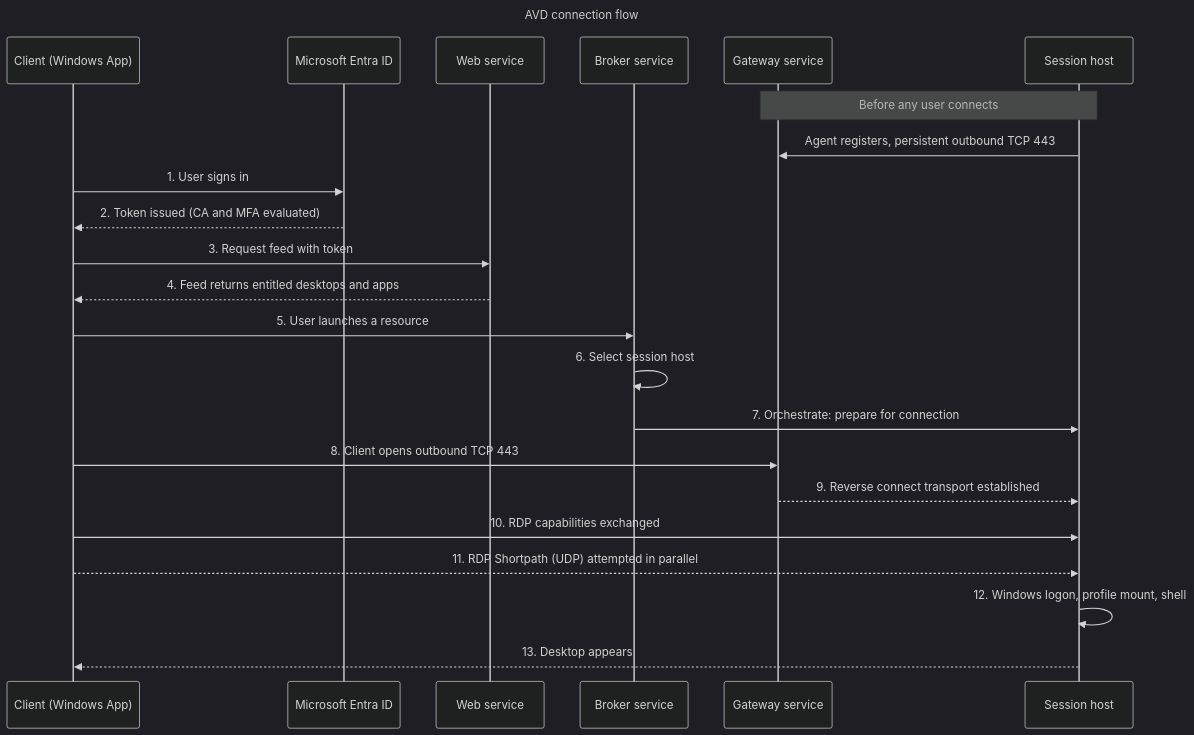
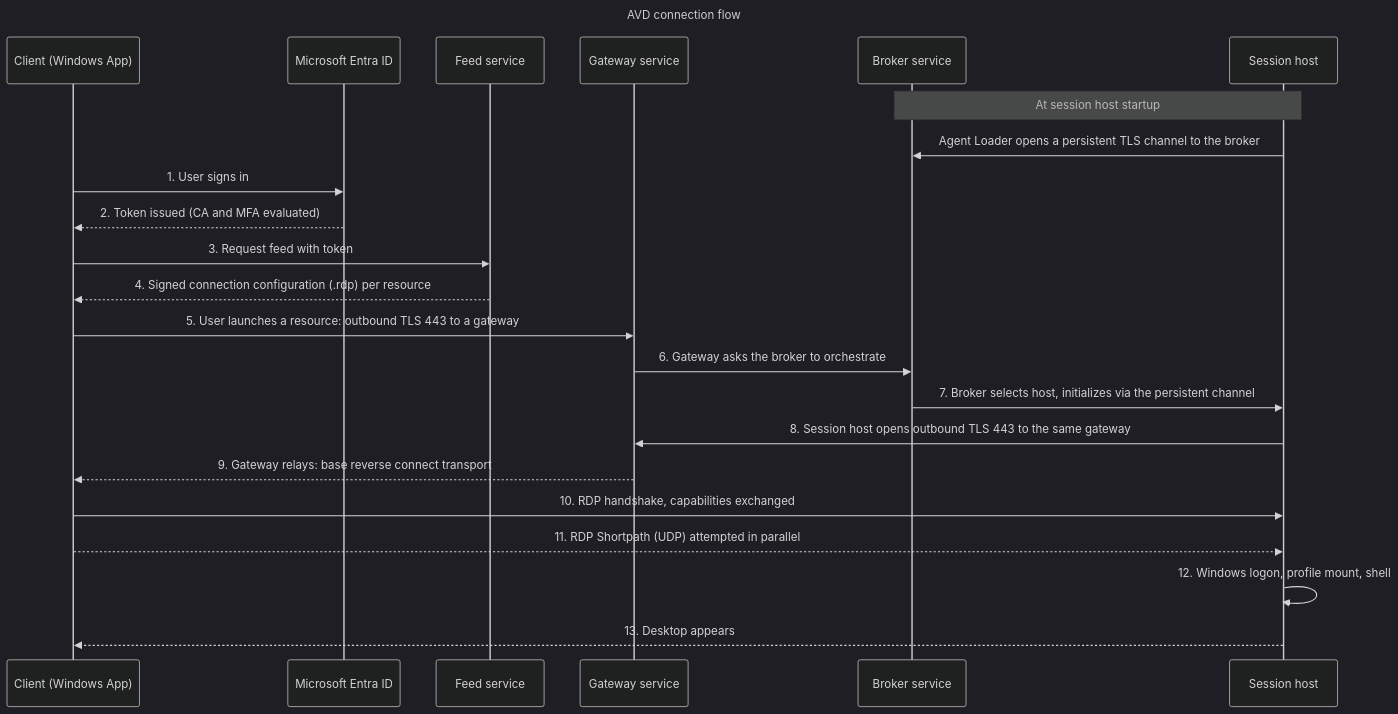
One commit to AddySidd27/azure-virtual-desktop-architect changed the diagram in chapters/ch04-connection-flow-end-to-end.md. Above: the diagram before and after it, drawn with Mermaid (dark theme). The commit also changed other lines of this file and 2 other files, not shown here.

First line of the commit message:
Review Chapter 4: fix gateway/broker sequence, FQDN tags, Shortpath, proxy guidance; add review record

````diff
--- a/chapters/ch04-connection-flow-end-to-end.md
+++ b/chapters/ch04-connection-flow-end-to-end.md
@@ -49,29 +49,29 @@
 ```mermaid
 ---
 title: AVD connection flow
 ---
 sequenceDiagram
     participant C as Client (Windows App)
     participant E as Microsoft Entra ID
-    participant W as Web service
+    participant W as Feed service
+    participant G as Gateway service
     participant B as Broker service
-    participant G as Gateway service
     participant S as Session host
 
-    Note over S,G: Before any user connects
-    S->>G: Agent registers, persistent outbound TCP 443
+    Note over S,B: At session host startup
+    S->>B: Agent Loader opens a persistent TLS channel to the broker
 
     C->>E: 1. User signs in
     E-->>C: 2. Token issued (CA and MFA evaluated)
     C->>W: 3. Request feed with token
-    W-->>C: 4. Feed returns entitled desktops and apps
-    C->>B: 5. User launches a resource
-    B->>B: 6. Select session host
-    B->>S: 7. Orchestrate: prepare for connection
-    C->>G: 8. Client opens outbound TCP 443
-    G-->>S: 9. Reverse connect transport established
-    C->>S: 10. RDP capabilities exchanged
+    W-->>C: 4. Signed connection configuration (.rdp) per resource
+    C->>G: 5. User launches a resource: outbound TLS 443 to a gateway
+    G->>B: 6. Gateway asks the broker to orchestrate
+    B->>S: 7. Broker selects host, initializes via the persistent channel
+    S->>G: 8. Session host opens outbound TLS 443 to the same gateway
+    G-->>C: 9. Gateway relays: base reverse connect transport
+    C->>S: 10. RDP handshake, capabilities exchanged
     C-->>S: 11. RDP Shortpath (UDP) attempted in parallel
     S->>S: 12. Windows logon, profile mount, shell
     S-->>C: 13. Desktop appears
 ```
````
